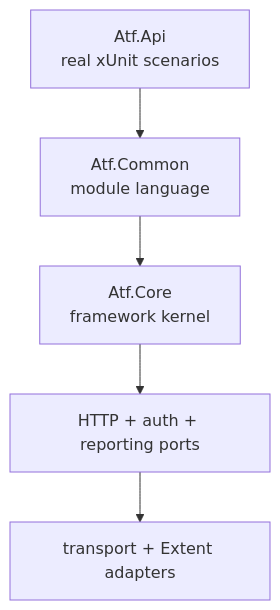
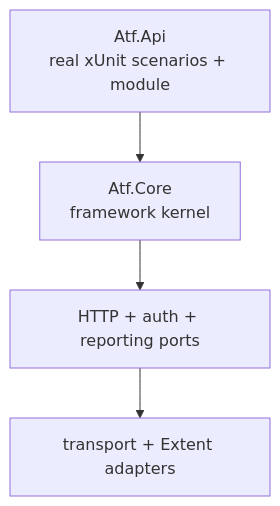
Before and after one commit to crististefanita/CS1: the first of 8 diagrams in docs/ATF_Architecture.md, drawn with Mermaid. The commit also changed other lines of this file and 210 other files, not shown here.

````diff
--- a/docs/ATF_Architecture.md
+++ b/docs/ATF_Architecture.md
@@ -13,7 +13,6 @@
 ```mermaid
 flowchart TD
-    Api[Atf.Api\nreal xUnit scenarios] --> Common[Atf.Common\nmodule language]
-    Common --> Core[Atf.Core\nframework kernel]
+    Api[Atf.Api\nreal xUnit scenarios + module] --> Core[Atf.Core\nframework kernel]
     Core --> Ports[HTTP + auth + reporting ports]
     Ports --> Adapters[transport + Extent adapters]
 ```
````
